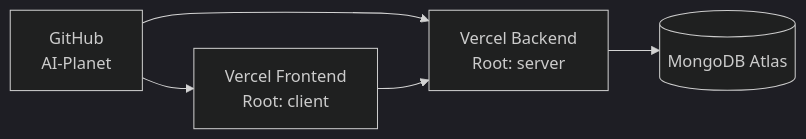
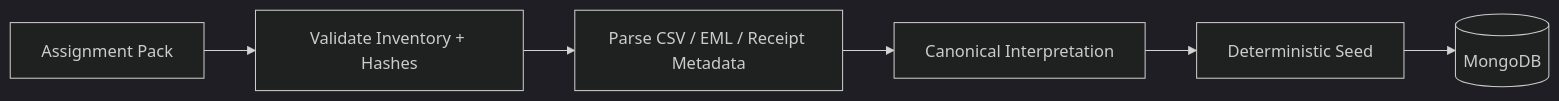
One commit to akshaychavan23031998/AI-Planet changed diagram 19 of 25 in README.md. Above: the diagram before and after it, drawn with Mermaid (dark theme). The commit also changed other lines of this file, not shown here.

````diff
--- a/README.md
+++ b/README.md
@@ -2241,12 +1464,8 @@
 ```mermaid
 flowchart LR
-    GitHub["GitHub<br/>AI-Planet"]
-    Client["Vercel Frontend<br/>Root: client"]
-    Server["Vercel Backend<br/>Root: server"]
-    Atlas[("MongoDB Atlas")]
-
-    GitHub --> Client
-    GitHub --> Server
-    Client --> Server
-    Server --> Atlas
+    Pack["Assignment Pack"] --> Hash["Validate Inventory + Hashes"]
+    Hash --> Parse["Parse CSV / EML / Receipt Metadata"]
+    Parse --> Canon["Canonical Interpretation"]
+    Canon --> Seed["Deterministic Seed"]
+    Seed --> DB[("MongoDB")]
 ```
````
